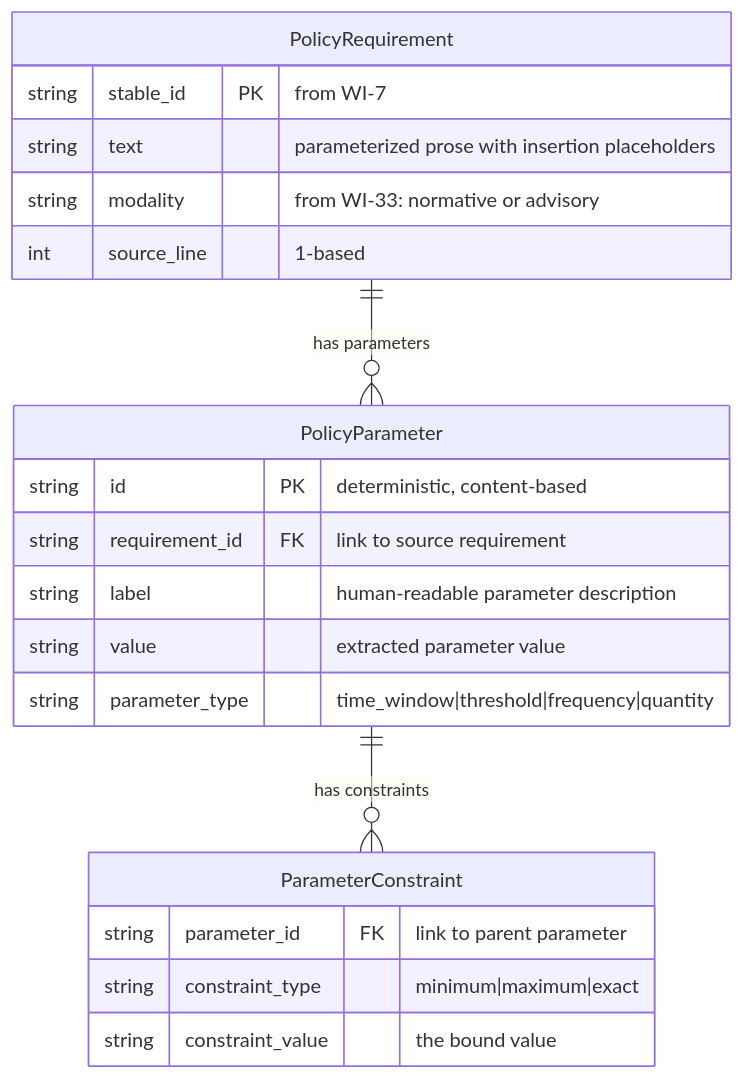
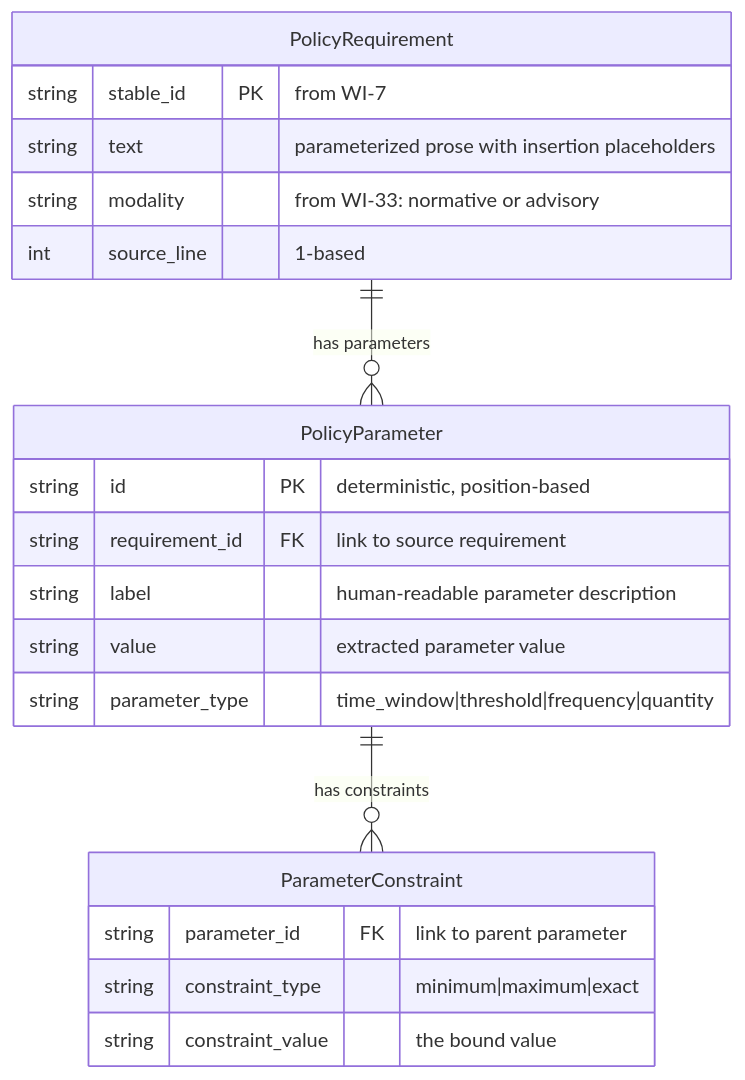
Before and after one commit to policy-forge/forge: the second of 3 diagrams in docs/PRD/034-prd-parameter-extraction.md, drawn with Mermaid. The commit also changed other lines of this file and 44 other files, not shown here.

````diff
--- a/docs/PRD/034-prd-parameter-extraction.md
+++ b/docs/PRD/034-prd-parameter-extraction.md
@@ -279,24 +279,24 @@
 ```mermaid
 erDiagram
     PolicyRequirement ||--o{ PolicyParameter : "has parameters"
     PolicyParameter ||--o{ ParameterConstraint : "has constraints"
 
     PolicyRequirement {
         string stable_id PK "from WI-7"
         string text "parameterized prose with insertion placeholders"
         string modality "from WI-33: normative or advisory"
         int source_line "1-based"
     }
     PolicyParameter {
-        string id PK "deterministic, content-based"
+        string id PK "deterministic, position-based"
         string requirement_id FK "link to source requirement"
         string label "human-readable parameter description"
         string value "extracted parameter value"
         string parameter_type "time_window|threshold|frequency|quantity"
     }
     ParameterConstraint {
         string parameter_id FK "link to parent parameter"
         string constraint_type "minimum|maximum|exact"
         string constraint_value "the bound value"
     }
 ```
````
